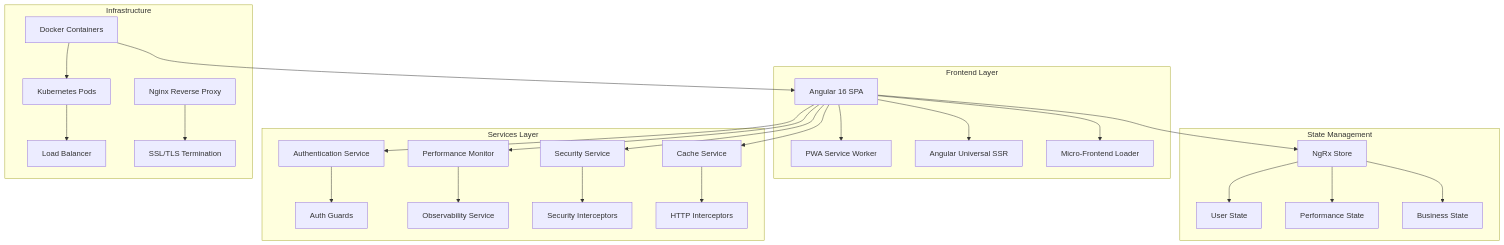
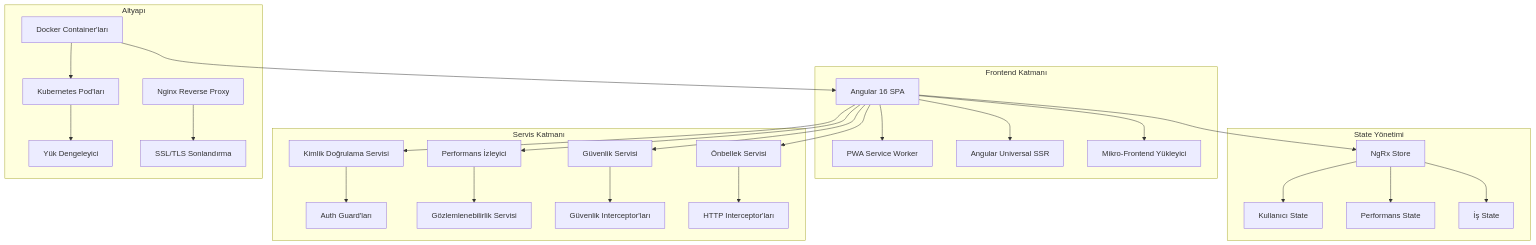
The diagram in README.md (alicanyucel/TruckPortFreeLancerProject), drawn with Mermaid before and after one commit. The commit also changed other lines of this file, not shown here.

````diff
--- a/README.md
+++ b/README.md
@@ -68,34 +68,34 @@
 ```mermaid
 graph TB
-    subgraph "Frontend Layer"
+    subgraph "Frontend Katmanı"
         A[Angular 16 SPA] --> B[PWA Service Worker]
         A --> C[Angular Universal SSR]
-        A --> D[Micro-Frontend Loader]
+        A --> D[Mikro-Frontend Yükleyici]
     end
     
-    subgraph "State Management"
-        E[NgRx Store] --> F[User State]
-        E --> G[Performance State]
-        E --> H[Business State]
+    subgraph "State Yönetimi"
+        E[NgRx Store] --> F[Kullanıcı State]
+        E --> G[Performans State]
+        E --> H[İş State]
     end
     
-    subgraph "Services Layer"
-        I[Authentication Service] --> J[Auth Guards]
-        K[Performance Monitor] --> L[Observability Service]
-        M[Security Service] --> N[Security Interceptors]
-        O[Cache Service] --> P[HTTP Interceptors]
+    subgraph "Servis Katmanı"
+        I[Kimlik Doğrulama Servisi] --> J[Auth Guard'ları]
+        K[Performans İzleyici] --> L[Gözlemlenebilirlik Servisi]
+        M[Güvenlik Servisi] --> N[Güvenlik Interceptor'ları]
+        O[Önbellek Servisi] --> P[HTTP Interceptor'ları]
     end
     
-    subgraph "Infrastructure"
-        Q[Docker Containers] --> R[Kubernetes Pods]
-        R --> S[Load Balancer]
-        T[Nginx Reverse Proxy] --> U[SSL/TLS Termination]
+    subgraph "Altyapı"
+        Q[Docker Container'ları] --> R[Kubernetes Pod'ları]
+        R --> S[Yük Dengeleyici]
+        T[Nginx Reverse Proxy] --> U[SSL/TLS Sonlandırma]
     end
     
     A --> E
     A --> I
     A --> K
     A --> M
     A --> O
     Q --> A
 ```
````
